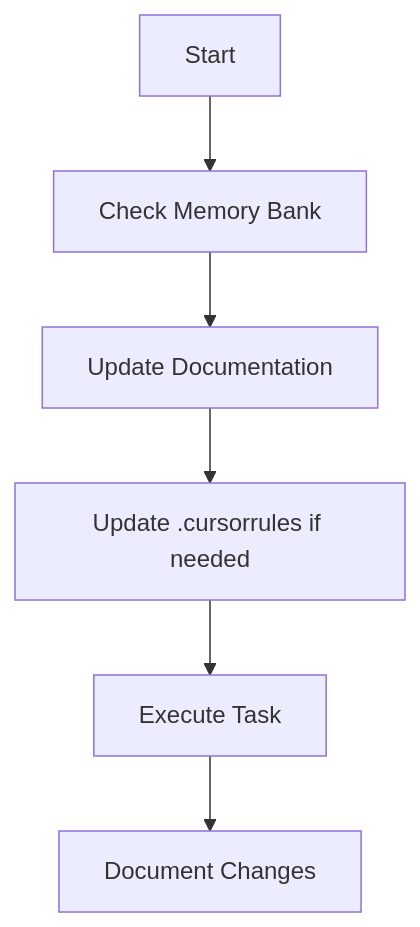
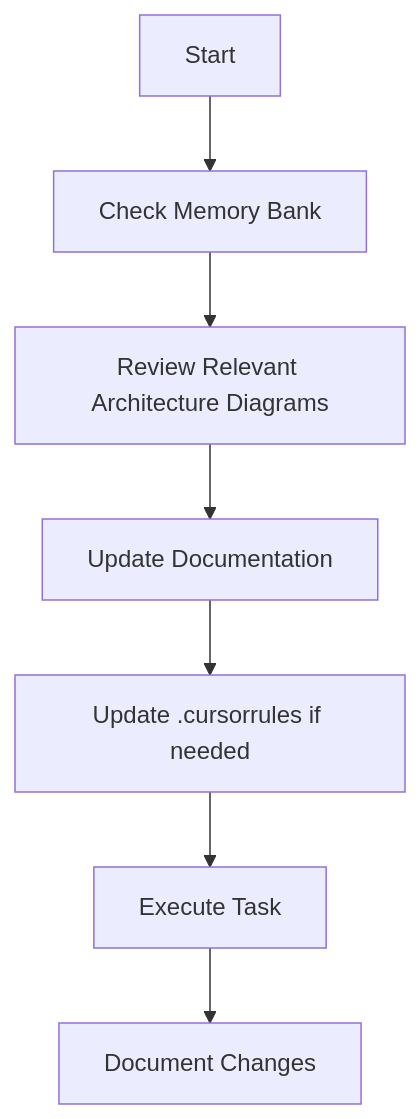
The third of 5 diagrams in memorybank.md (ChrisMcKee1/AI-Assisted-Coding), drawn with Mermaid before and after one commit. The commit also changed other lines of this file, not shown here.

````diff
--- a/memorybank.md
+++ b/memorybank.md
@@ -84,8 +93,9 @@
 ```mermaid
 flowchart TD
     Start[Start] --> Context[Check Memory Bank]
-    Context --> Update[Update Documentation]
+    Context --> ArchDiagrams[Review Relevant Architecture Diagrams]
+    ArchDiagrams --> Update[Update Documentation]
     Update --> Rules[Update .cursorrules if needed]
     Rules --> Execute[Execute Task]
     Execute --> Document[Document Changes]
 ```
````
